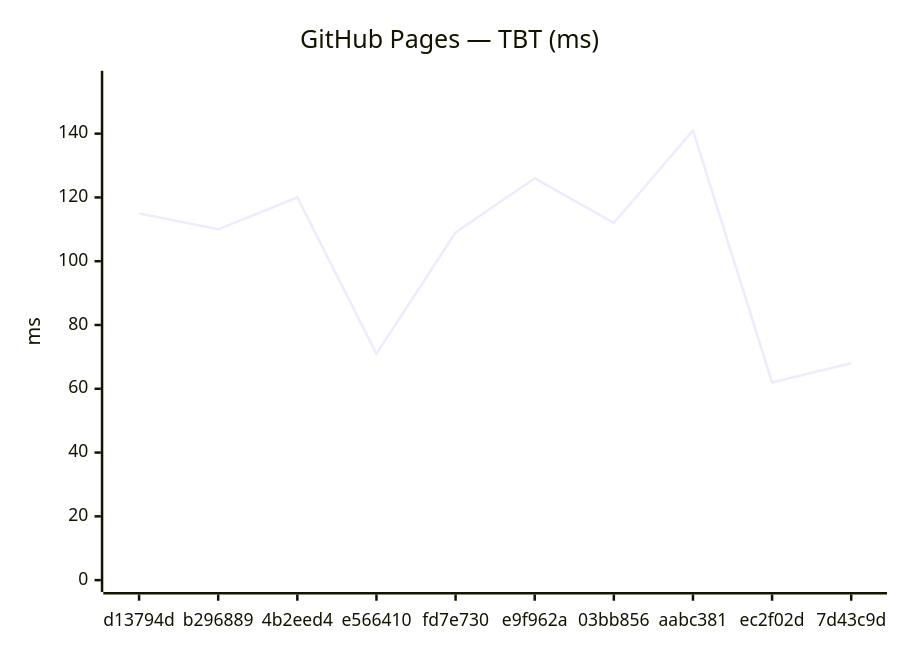
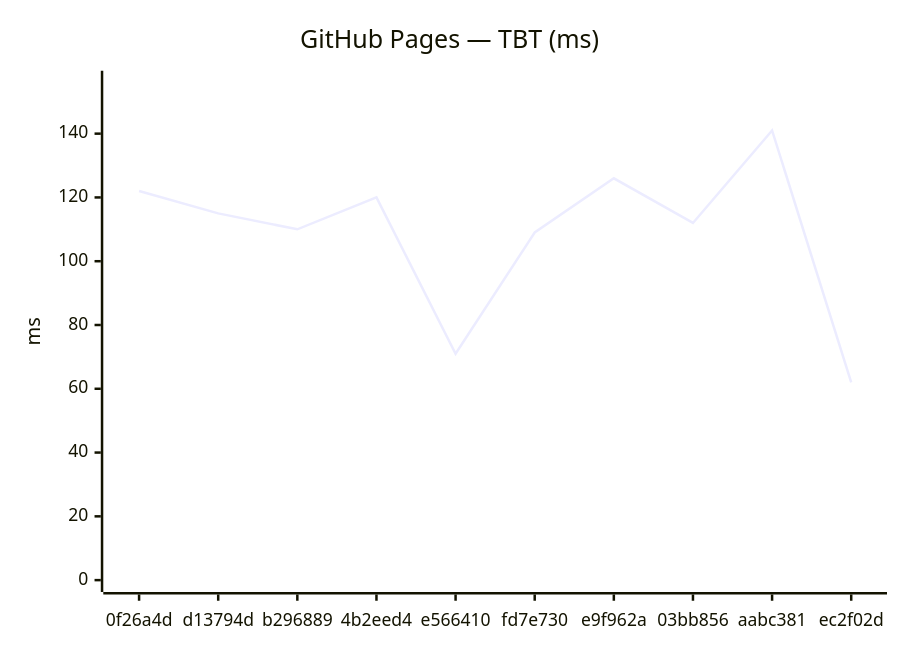
Before and after one commit to Metaheurist/Rianell: the fourth of 18 diagrams in benchmarks/compare.md, drawn with Mermaid. The commit also changed other lines of this file and 11 other files, not shown here.

````diff
--- a/benchmarks/compare.md
+++ b/benchmarks/compare.md
@@ -61,7 +61,7 @@
 ```mermaid
 xychart-beta
     title "GitHub Pages — TBT (ms)"
-    x-axis ["d13794d", "b296889", "4b2eed4", "e566410", "fd7e730", "e9f962a", "03bb856", "aabc381", "ec2f02d", "7d43c9d"]
+    x-axis ["0f26a4d", "d13794d", "b296889", "4b2eed4", "e566410", "fd7e730", "e9f962a", "03bb856", "aabc381", "ec2f02d"]
     y-axis "ms" 0 --> 156
-    line [115, 110, 120, 71, 109, 126, 112, 141, 62, 68]
+    line [122, 115, 110, 120, 71, 109, 126, 112, 141, 62]
 ```
````
